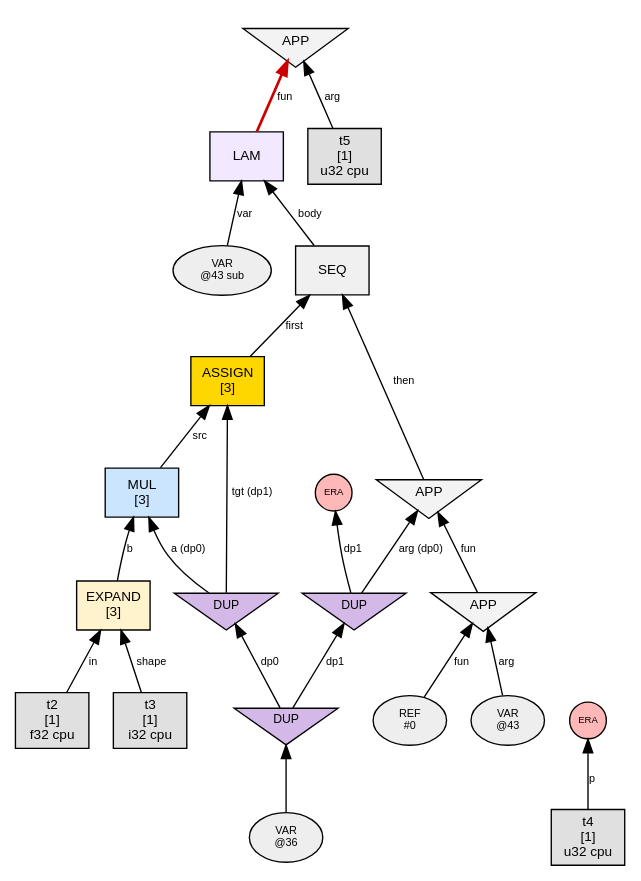
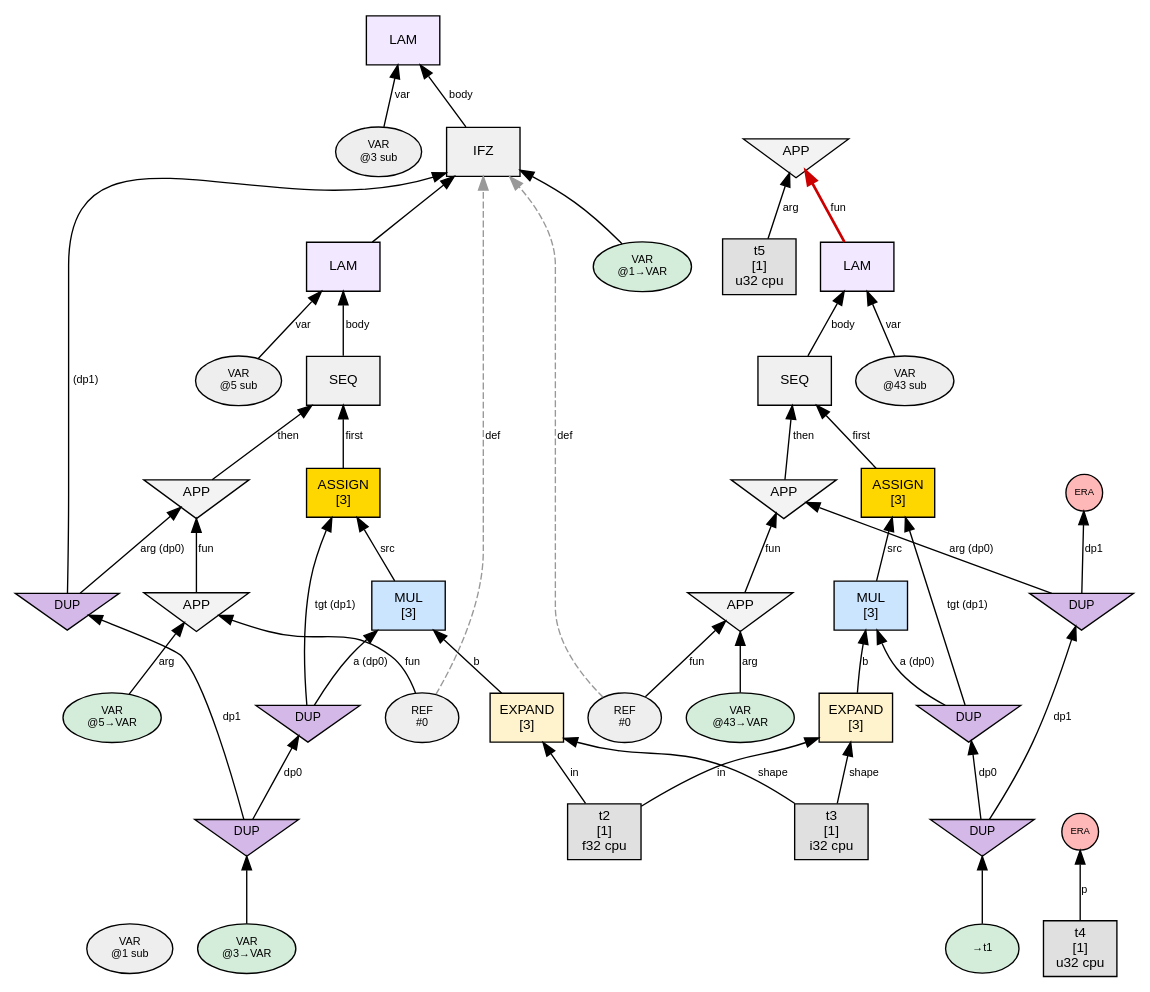
The diagram in phase1_graphs/loop_assign_simple/n1_steps/step_005_interact_IFZ.dot (sw1sh/TinyHVM), drawn with Graphviz before and after one commit. The commit also changed 101 other files, not shown here.

First line of the commit message:
fix: show definition body + resolved VARs in step graphs

```diff
--- a/phase1_graphs/loop_assign_simple/n1_steps/step_005_interact_IFZ.dot
+++ b/phase1_graphs/loop_assign_simple/n1_steps/step_005_interact_IFZ.dot
@@ -1,50 +1,93 @@
 digraph G {
   // PREV_INTERACTION: interact_IFZ
   // NEXT_INTERACTION: interact_APP
   rankdir=BT;
   node [fontname="Helvetica", fontsize=10, style=filled, shape=box, margin="0.1,0.05"];
   edge [fontsize=8, fontname="Helvetica"];
 
+  var1 [label="VAR\n@1 sub", shape=oval, fillcolor="#eeeeee", fontsize=8];
+  n3 [label="LAM", shape=box, fillcolor="#f2e8ff"];
+  var3 [label="VAR\n@3 sub", shape=oval, fillcolor="#eeeeee", fontsize=8];
+  var3 -> n3 [label="var"];
+  n26 -> n3 [label="body"];
+  n26 [label="IFZ", shape=box, fillcolor="#f0f0f0"];
+  var26 [label="VAR\n@1→VAR", shape=oval, fillcolor="#d4edda", fontsize=8];
+  var26 -> n26 [label=""];
+  dup9 [label="DUP", shape=invtriangle, fillcolor="#d4b8e8", fontsize=9, width=0.7, height=0.5];
+  dup7 -> dup9 [label="dp1"];
+  dup7 [label="DUP", shape=invtriangle, fillcolor="#d4b8e8", fontsize=9, width=0.7, height=0.5];
+  var7 [label="VAR\n@3→VAR", shape=oval, fillcolor="#d4edda", fontsize=8];
+  var7 -> dup7;
+  dup9 -> n26 [label=" (dp1)"];
+  n5 -> n26 [label=""];
+  var5 [label="VAR\n@5 sub", shape=oval, fillcolor="#eeeeee", fontsize=8];
+  n24 [label="SEQ", shape=box, fillcolor="#f0f0f0"];
+  n18 -> n24 [label="first"];
+  n22 -> n24 [label="then"];
+  n10 [label="EXPAND\n[3]", shape=box, fillcolor="#fff3cd"];
+  t2 [label="t2\n[1]\nf32 cpu",shape=box,fillcolor="#e0e0e0"];
+  t2 -> n10 [label="in"];
+  t3 [label="t3\n[1]\ni32 cpu",shape=box,fillcolor="#e0e0e0"];
+  t3 -> n10 [label="shape"];
+  n14 [label="MUL\n[3]", shape=box, fillcolor="#cce5ff"];
+  dup8 [label="DUP", shape=invtriangle, fillcolor="#d4b8e8", fontsize=9, width=0.7, height=0.5];
+  dup7 -> dup8 [label="dp0"];
+  dup8 -> n14 [label="a (dp0)"];
+  n10 -> n14 [label="b"];
+  ref20 [label="REF\n#0", shape=oval, fillcolor="#eeeeee", fontsize=8];
+  ref20 -> n26 [style=dashed, color="#999999", label="def"];
+  n20 [label="APP", shape=invtriangle, fillcolor="#f3f3f3"];
+  ref20 -> n20 [label="fun"];
+  var21 [label="VAR\n@5→VAR", shape=oval, fillcolor="#d4edda", fontsize=8];
+  var21 -> n20 [label="arg"];
+  n18 [label="ASSIGN\n[3]", shape=box, fillcolor="#ffd700"];
+  dup8 -> n18 [label="tgt (dp1)"];
+  n14 -> n18 [label="src"];
+  n22 [label="APP", shape=invtriangle, fillcolor="#f3f3f3"];
+  n20 -> n22 [label="fun"];
+  dup9 -> n22 [label="arg (dp0)"];
+  n5 [label="LAM", shape=box, fillcolor="#f2e8ff"];
+  var5 -> n5 [label="var"];
+  n24 -> n5 [label="body"];
   n62 [label="APP", shape=invtriangle, fillcolor="#f3f3f3"];
   n43 -> n62 [label="fun",color="#cc0000",penwidth=2.0];
   t5 [label="t5\n[1]\nu32 cpu",shape=box,fillcolor="#e0e0e0"];
   t5 -> n62 [label="arg"];
   n43 [label="LAM", shape=box, fillcolor="#f2e8ff"];
   var43 [label="VAR\n@43 sub", shape=oval, fillcolor="#eeeeee", fontsize=8];
   var43 -> n43 [label="var"];
   n45 -> n43 [label="body"];
   n45 [label="SEQ", shape=box, fillcolor="#f0f0f0"];
   n47 -> n45 [label="first"];
   n54 -> n45 [label="then"];
   n47 [label="ASSIGN\n[3]", shape=box, fillcolor="#ffd700"];
   dup49 [label="DUP", shape=invtriangle, fillcolor="#d4b8e8", fontsize=9, width=0.7, height=0.5];
   dup42 -> dup49 [label="dp0"];
   dup42 [label="DUP", shape=invtriangle, fillcolor="#d4b8e8", fontsize=9, width=0.7, height=0.5];
-  var42 [label="VAR\n@36", shape=oval, fillcolor="#eeeeee", fontsize=8];
+  var42 [label="→t1", shape=oval, fillcolor="#d4edda", fontsize=8];
   var42 -> dup42;
   dup49 -> n47 [label="tgt (dp1)"];
   n50 -> n47 [label="src"];
   n54 [label="APP", shape=invtriangle, fillcolor="#f3f3f3"];
   n56 -> n54 [label="fun"];
   dup41 [label="DUP", shape=invtriangle, fillcolor="#d4b8e8", fontsize=9, width=0.7, height=0.5];
   dup42 -> dup41 [label="dp1"];
   dup41 -> n54 [label="arg (dp0)"];
   n50 [label="MUL\n[3]", shape=box, fillcolor="#cce5ff"];
   dup49 -> n50 [label="a (dp0)"];
   n52 -> n50 [label="b"];
   n52 [label="EXPAND\n[3]", shape=box, fillcolor="#fff3cd"];
-  t2 [label="t2\n[1]\nf32 cpu",shape=box,fillcolor="#e0e0e0"];
   t2 -> n52 [label="in"];
-  t3 [label="t3\n[1]\ni32 cpu",shape=box,fillcolor="#e0e0e0"];
   t3 -> n52 [label="shape"];
   n56 [label="APP", shape=invtriangle, fillcolor="#f3f3f3"];
   ref56 [label="REF\n#0", shape=oval, fillcolor="#eeeeee", fontsize=8];
   ref56 -> n56 [label="fun"];
-  var57 [label="VAR\n@43", shape=oval, fillcolor="#eeeeee", fontsize=8];
+  var57 [label="VAR\n@43→VAR", shape=oval, fillcolor="#d4edda", fontsize=8];
   var57 -> n56 [label="arg"];
+  ref56 -> n26 [style=dashed, color="#999999", label="def"];
   era59 [label="ERA",shape=circle,width=0.38,height=0.38,fixedsize=true,fillcolor="#ffb8b8",fontsize=7];
   t4 [label="t4\n[1]\nu32 cpu",shape=box,fillcolor="#e0e0e0"];
   t4 -> era59 [label="p"];
   era61 [label="ERA",shape=circle,width=0.38,height=0.38,fixedsize=true,fillcolor="#ffb8b8",fontsize=7];
   dup41 -> era61 [label="dp1"];
 }
```
